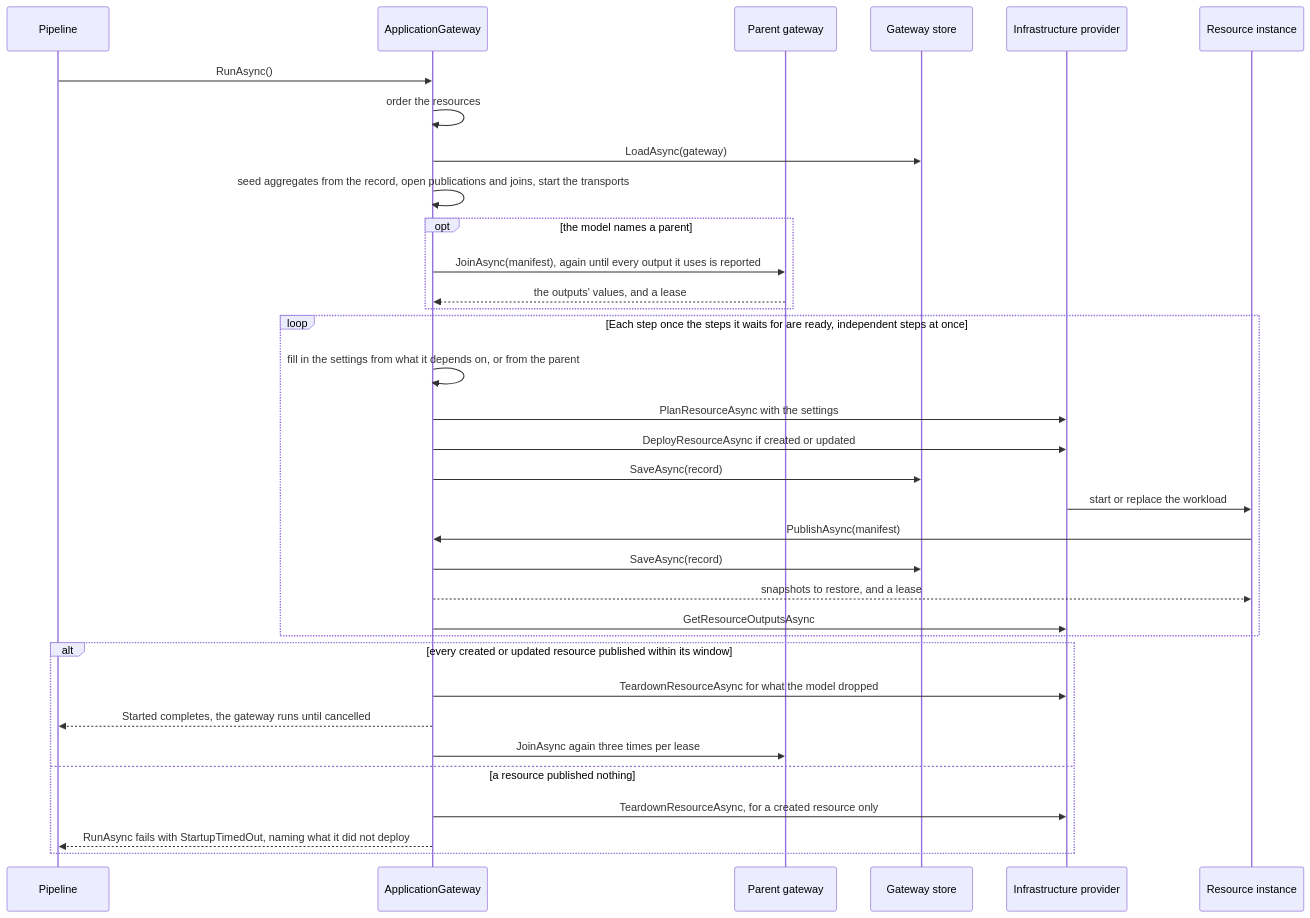
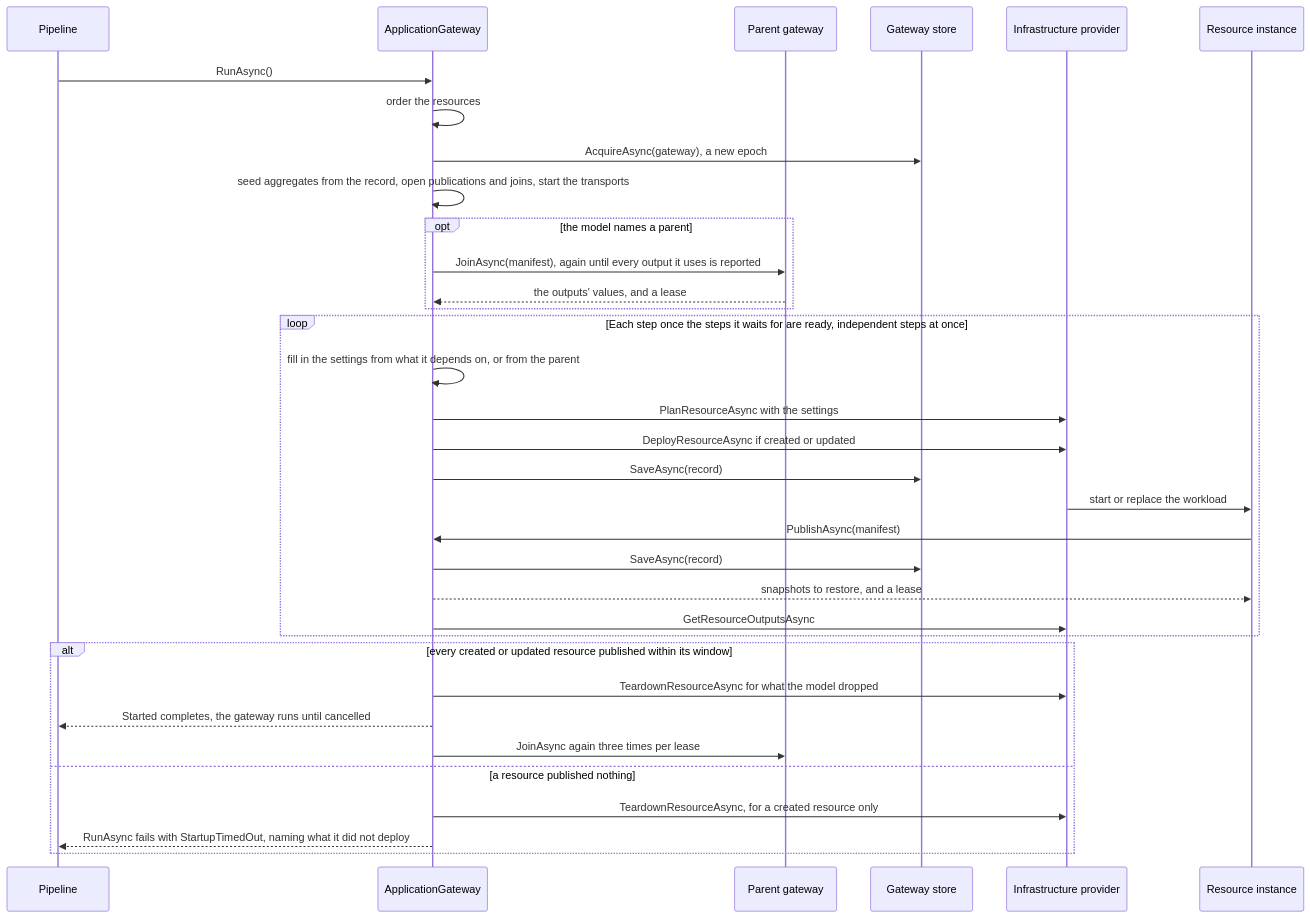
Before and after one commit to assimalign/cohesion: the second of 3 diagrams in libraries/ApplicationModel/Assimalign.Cohesion.ApplicationModel.Gateway/docs/DESIGN.md, drawn with Mermaid. The commit also changed other lines of this file and 10 other files, not shown here.

````diff
--- a/libraries/ApplicationModel/Assimalign.Cohesion.ApplicationModel.Gateway/docs/DESIGN.md
+++ b/libraries/ApplicationModel/Assimalign.Cohesion.ApplicationModel.Gateway/docs/DESIGN.md
@@ -53,36 +54,36 @@
 ```mermaid
 sequenceDiagram
     participant Caller as Pipeline
     participant GW as ApplicationGateway
     participant Parent as Parent gateway
     participant Store as Gateway store
     participant Infra as Infrastructure provider
     participant Inst as Resource instance
     Caller->>GW: RunAsync()
     GW->>GW: order the resources
-    GW->>Store: LoadAsync(gateway)
+    GW->>Store: AcquireAsync(gateway), a new epoch
     GW->>GW: seed aggregates from the record, open publications and joins, start the transports
     opt the model names a parent
         GW->>Parent: JoinAsync(manifest), again until every output it uses is reported
         Parent-->>GW: the outputs' values, and a lease
     end
     loop Each step once the steps it waits for are ready, independent steps at once
         GW->>GW: fill in the settings from what it depends on, or from the parent
         GW->>Infra: PlanResourceAsync with the settings
         GW->>Infra: DeployResourceAsync if created or updated
         GW->>Store: SaveAsync(record)
         Infra->>Inst: start or replace the workload
         Inst->>GW: PublishAsync(manifest)
         GW->>Store: SaveAsync(record)
         GW-->>Inst: snapshots to restore, and a lease
         GW->>Infra: GetResourceOutputsAsync
     end
     alt every created or updated resource published within its window
         GW->>Infra: TeardownResourceAsync for what the model dropped
         GW-->>Caller: Started completes, the gateway runs until cancelled
         GW->>Parent: JoinAsync again three times per lease
     else a resource published nothing
         GW->>Infra: TeardownResourceAsync, for a created resource only
         GW-->>Caller: RunAsync fails with StartupTimedOut, naming what it did not deploy
     end
 ```
````
